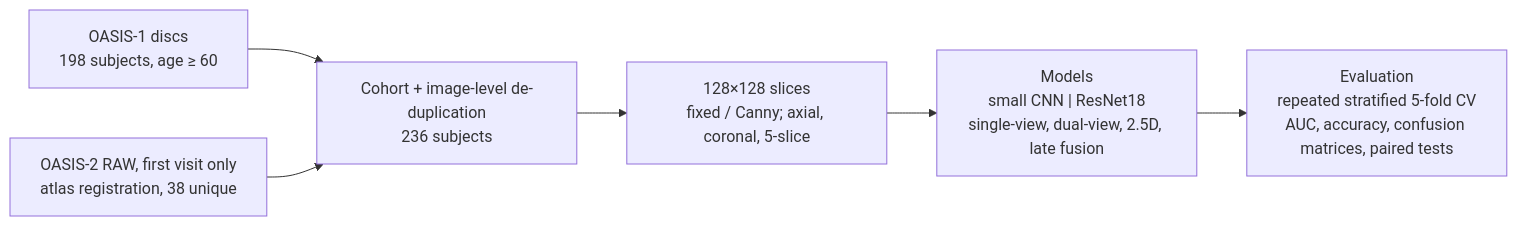
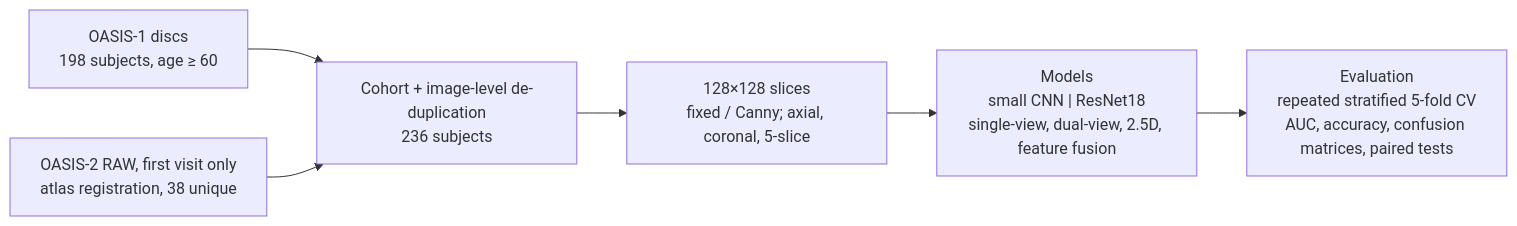
The first of 2 diagrams in README.md (LiaoJiakun/phm5005-MRI), drawn with Mermaid before and after one commit. The commit also changed other lines of this file and 7 other files, not shown here.

Commit message:
Rename 'late fusion' to 'feature fusion' in README and reports

````diff
--- a/README.md
+++ b/README.md
@@ -13,8 +13,8 @@
 ```mermaid
 flowchart LR
   A["OASIS-1 discs<br/>198 subjects, age ≥ 60"] --> C["Cohort + image-level de-duplication<br/>236 subjects"]
   B["OASIS-2 RAW, first visit only<br/>atlas registration, 38 unique"] --> C
   C --> D["128×128 slices<br/>fixed / Canny; axial, coronal, 5-slice"]
-  D --> E["Models<br/>small CNN | ResNet18<br/>single-view, dual-view, 2.5D, late fusion"]
+  D --> E["Models<br/>small CNN | ResNet18<br/>single-view, dual-view, 2.5D, feature fusion"]
   E --> F["Evaluation<br/>repeated stratified 5-fold CV<br/>AUC, accuracy, confusion matrices, paired tests"]
 ```
````
